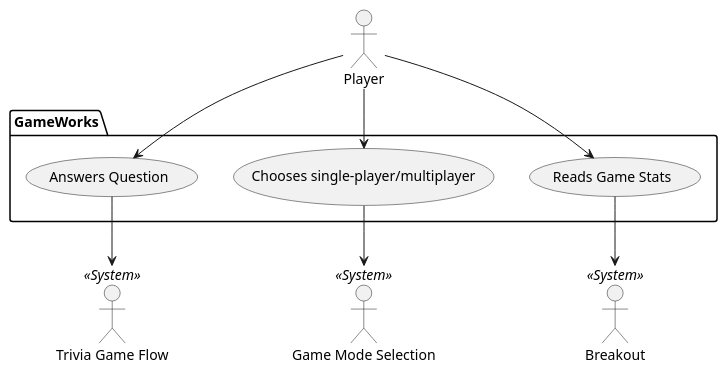
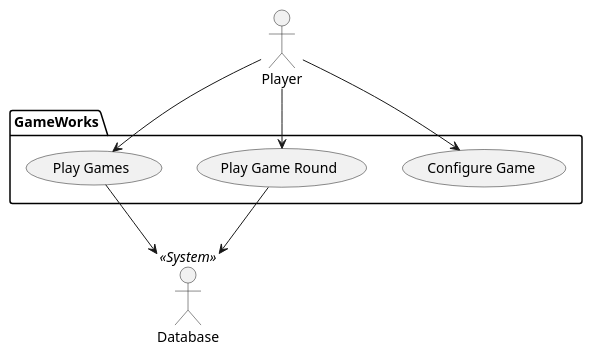
The diagram in doc/vision.md (aczar09/Trivia-Game-Android), drawn with PlantUML before and after one commit. The commit also changed other lines of this file, not shown here.

Commit message:
Made edits to the vision doc

````diff
--- a/doc/vision.md
+++ b/doc/vision.md
@@ -28,19 +37,17 @@
 ```plantuml
 @startuml
 :Player:
 package GameWorks{
-usecase "Answers Question" as CG
-usecase "Chooses single-player/multiplayer" as PG
-usecase "Reads Game Stats" as RGS
+usecase "Configure Game" as CG
+usecase "Play Game Round" as PG
+usecase "Play Games" as RGS
 }
 Player --> CG
 Player --> PG
 Player --> RGS
-:Trivia Game Flow: <<System>> as TGF
-CG --> TGF
-:Game Mode Selection: <<System>> as GMS
+
+:Database: <<System>> as GMS
 PG --> GMS
-:Breakout: <<System>> as BT
-RGS --> BT
+RGS --> GMS
 @enduml
 ```
````
